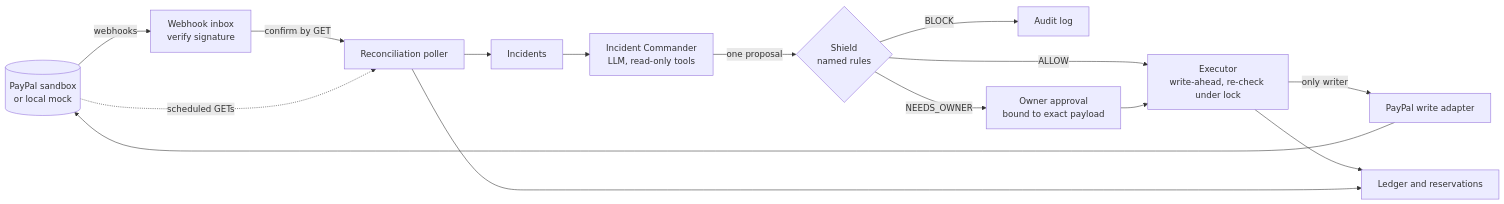
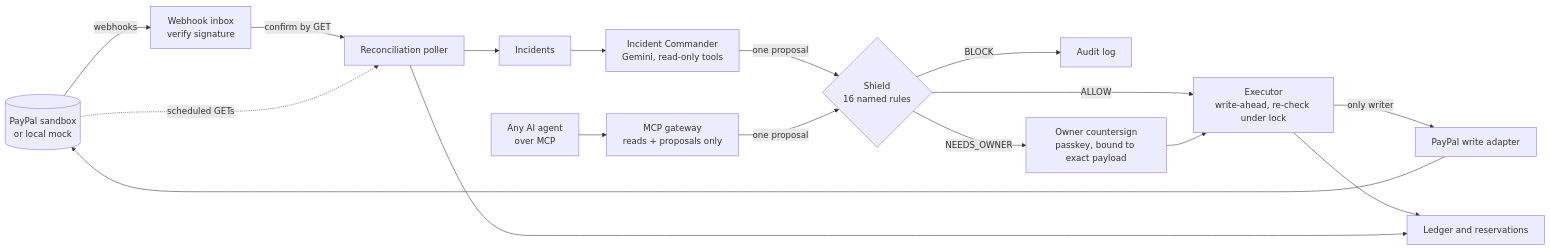
One commit to Razeefshaik/CounterSign changed the diagram in README.md. Above: the diagram before and after it, drawn with Mermaid. The commit also changed other lines of this file and 14 other files, not shown here.

````diff
--- a/README.md
+++ b/README.md
@@ -79,18 +100,20 @@
 ```mermaid
 flowchart LR
     PP[(PayPal sandbox<br/>or local mock)]
     PP -->|webhooks| IN[Webhook inbox<br/>verify signature]
     IN -->|confirm by GET| REC[Reconciliation poller]
     PP -.->|scheduled GETs| REC
     REC --> INC[Incidents]
-    INC --> AG[Incident Commander<br/>LLM, read-only tools]
-    AG -->|one proposal| SH{Shield<br/>named rules}
+    INC --> AG[Incident Commander<br/>Gemini, read-only tools]
+    EXT[Any AI agent<br/>over MCP] --> GW[MCP gateway<br/>reads + proposals only]
+    AG -->|one proposal| SH{Shield<br/>16 named rules}
+    GW -->|one proposal| SH
     SH -->|BLOCK| LOG[Audit log]
-    SH -->|NEEDS_OWNER| OW[Owner approval<br/>bound to exact payload]
+    SH -->|NEEDS_OWNER| OW[Owner countersign<br/>passkey, bound to exact payload]
     SH -->|ALLOW| EX[Executor<br/>write-ahead, re-check under lock]
     OW --> EX
     EX -->|only writer| AD[PayPal write adapter]
     AD --> PP
     EX --> LED[Ledger and reservations]
     REC --> LED
 ```
````
